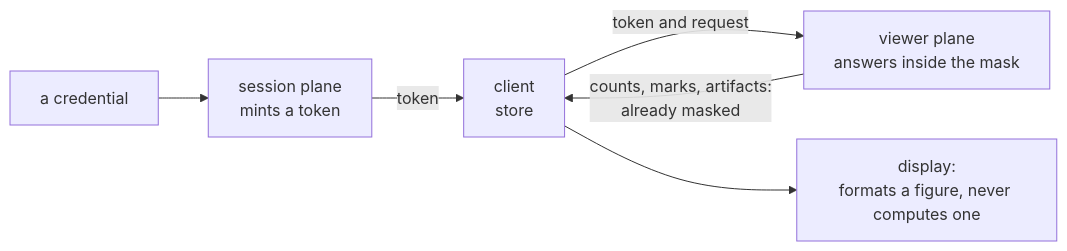
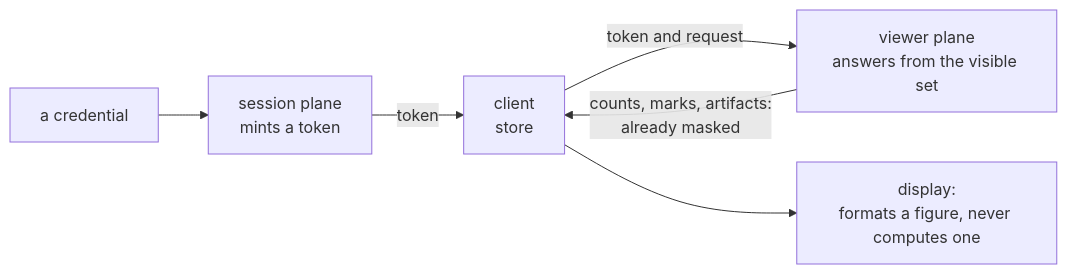
Before and after one commit to jennis0/tesseradb: the first of 4 diagrams in docs/system/clients.md, drawn with Mermaid. The commit also changed other lines of this file and 5 other files, not shown here.

````diff
--- a/docs/system/clients.md
+++ b/docs/system/clients.md
@@ -9,8 +9,8 @@
 ```mermaid
 flowchart LR
   cred["a credential"] --> session["session plane<br/>mints a token"]
   session -- "token" --> client["client<br/>store"]
-  client -- "token and request" --> viewer["viewer plane<br/>answers inside the mask"]
+  client -- "token and request" --> viewer["viewer plane<br/>answers from the visible set"]
   viewer -- "counts, marks, artifacts:<br/>already masked" --> client
   client --> display["display:<br/>formats a figure, never computes one"]
 ```
````
